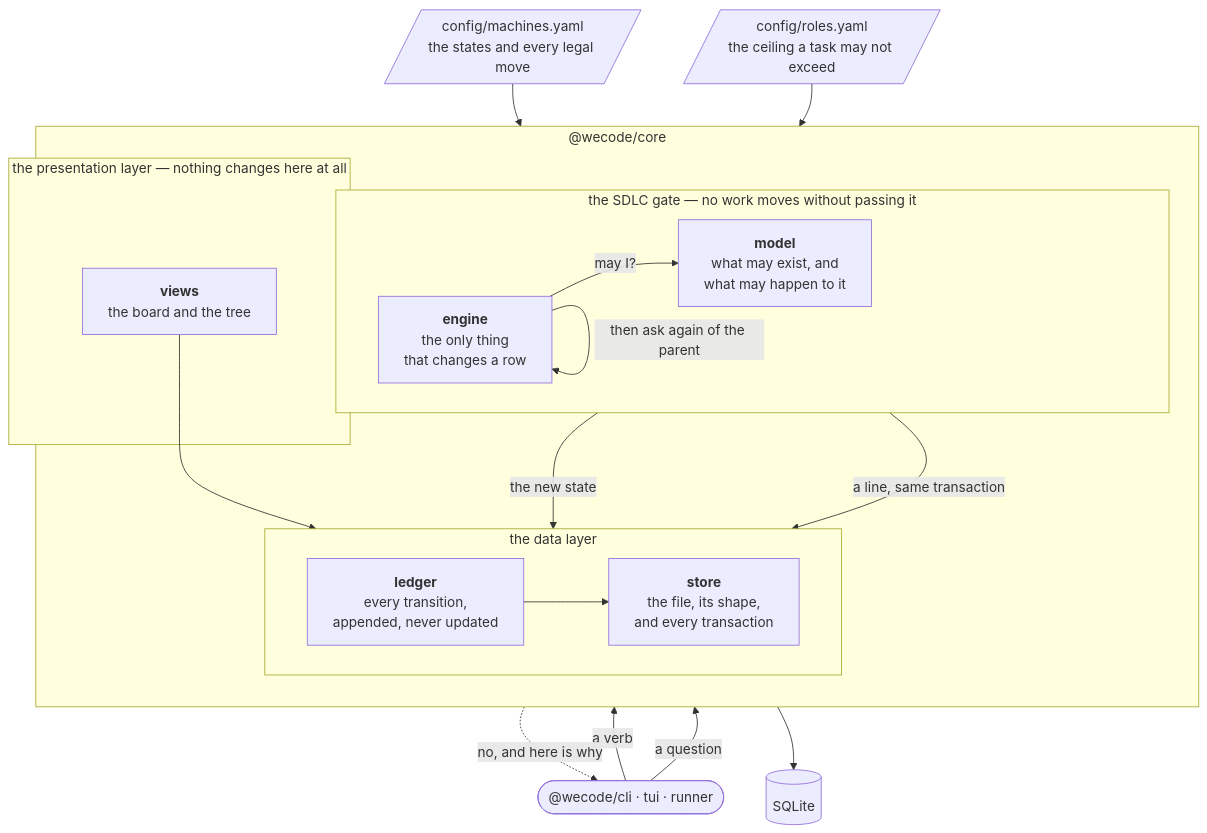
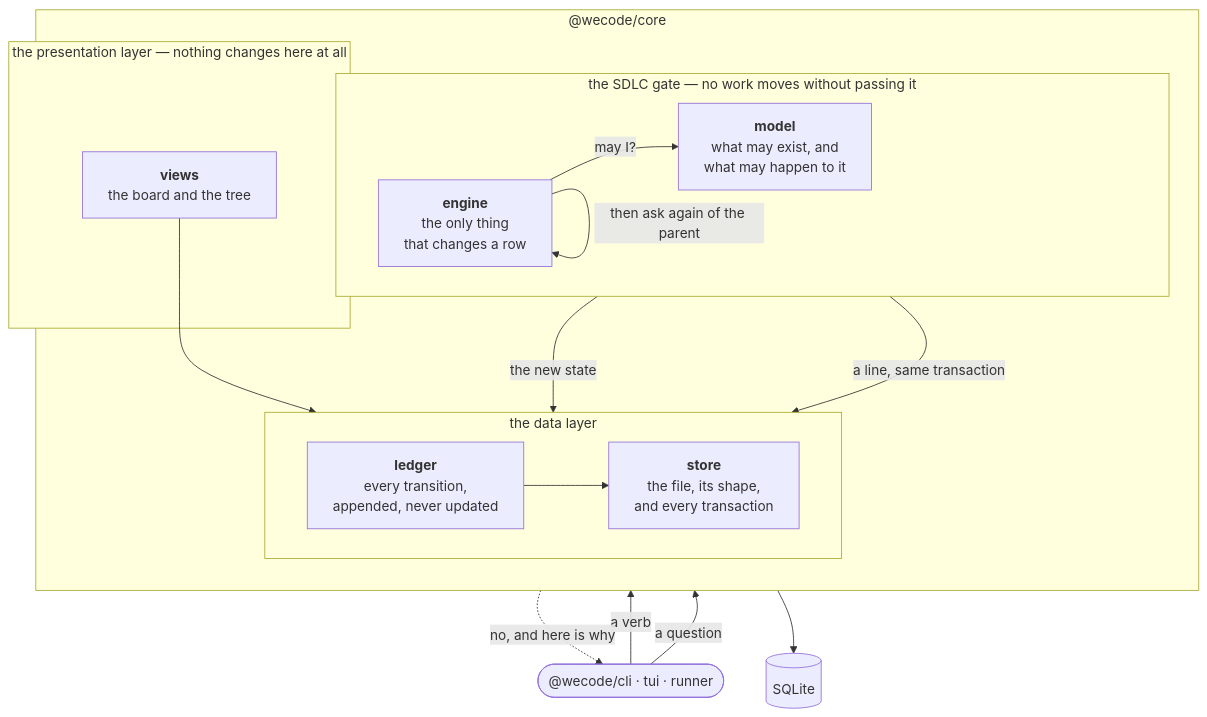
One commit to chandra-wijaya-setiawan/wecode changed the third of 4 diagrams in docs/design/01. Architecture Diagram L1-L2.md. Above: the diagram before and after it, drawn with Mermaid. The commit also changed other lines of this file, not shown here.

Commit message:
design: no file paths at this level
Naming config/machines.yaml and config/roles.yaml told you where a thing is written, which
is L4. This level answers what may exist and what may happen, and nothing else.

````diff
--- a/docs/design/01. Architecture Diagram L1-L2.md
+++ b/docs/design/01. Architecture Diagram L1-L2.md
@@ -99,45 +99,40 @@
 ```mermaid
 flowchart TB
     CLIENTS(["@wecode/cli · tui · runner"])
-
-    MACHINES[/"config/machines.yaml<br/>the states and every legal move"/]
-    ROLES[/"config/roles.yaml<br/>the ceiling a task may not exceed"/]
 
     subgraph core["@wecode/core"]
         direction TB
 
         subgraph gate["the SDLC gate — no work moves without passing it"]
             direction LR
             MODEL["<b>model</b><br/>what may exist, and<br/>what may happen to it"]
             ENGINE["<b>engine</b><br/>the only thing<br/>that changes a row"]
         end
 
         subgraph reads["the presentation layer — nothing changes here at all"]
             VIEWS["<b>views</b><br/>the board and the tree"]
         end
 
         subgraph record["the data layer"]
             direction LR
             LEDGER["<b>ledger</b><br/>every transition,<br/>appended, never updated"]
             STORE["<b>store</b><br/>the file, its shape,<br/>and every transaction"]
         end
     end
 
     DB[(SQLite)]
 
     CLIENTS -->|a verb| ENGINE
     CLIENTS -->|a question| VIEWS
 
-    MACHINES --> MODEL
-    ROLES --> ENGINE
 
     ENGINE -->|may I?| MODEL
     MODEL -.->|no, and here is why| CLIENTS
     ENGINE -->|then ask again of the parent| ENGINE
 
     ENGINE -->|the new state| STORE
     ENGINE -->|a line, same transaction| LEDGER
     LEDGER --> STORE
     VIEWS --> STORE
     STORE --> DB
 ```
````
